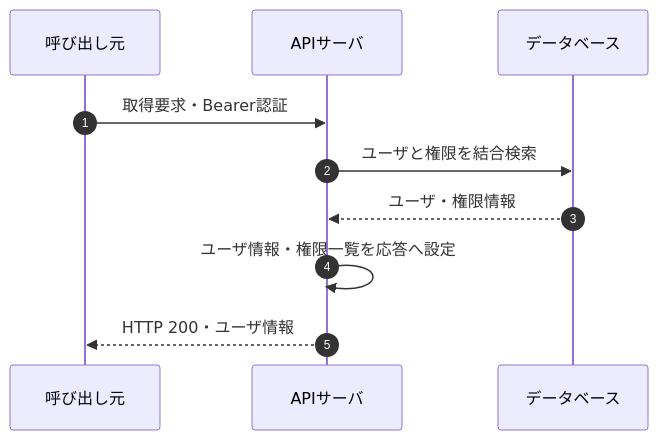
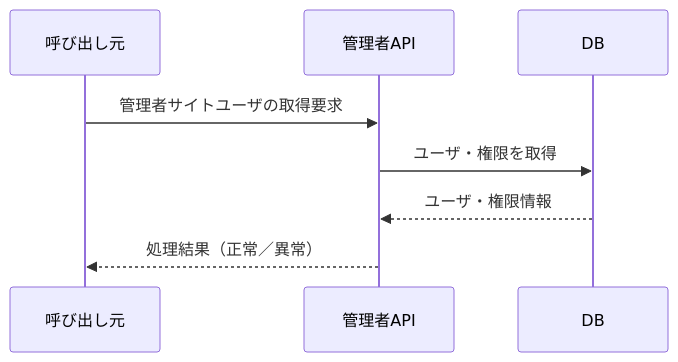
The first of 2 diagrams in ha-docs/design/05_rootapi/設計書_5.2.3.管理者サイトユーザ取得API.md (kohei-okazaki/work-3g), drawn with Mermaid before and after one commit. The commit also changed other lines of this file and 67 other files, not shown here.

````diff
--- a/ha-docs/design/05_rootapi/設計書_5.2.3.管理者サイトユーザ取得API.md
+++ b/ha-docs/design/05_rootapi/設計書_5.2.3.管理者サイトユーザ取得API.md
@@ -110,12 +10,10 @@
 ```mermaid
 sequenceDiagram
-    autonumber
-    participant Client as 呼び出し元
-    participant API as APIサーバ
-    participant DB as データベース
-    Client->>API: 取得要求・Bearer認証
-    API->>DB: ユーザと権限を結合検索
-    DB-->>API: ユーザ・権限情報
-    API->>API: ユーザ情報・権限一覧を応答へ設定
-    API-->>Client: HTTP 200・ユーザ情報
+    participant C as 呼び出し元
+    participant A as 管理者API
+    participant D as DB
+    C->>A: 管理者サイトユーザの取得要求
+    A->>D: ユーザ・権限を取得
+    D-->>A: ユーザ・権限情報
+    A-->>C: 処理結果（正常／異常）
 ```
````
